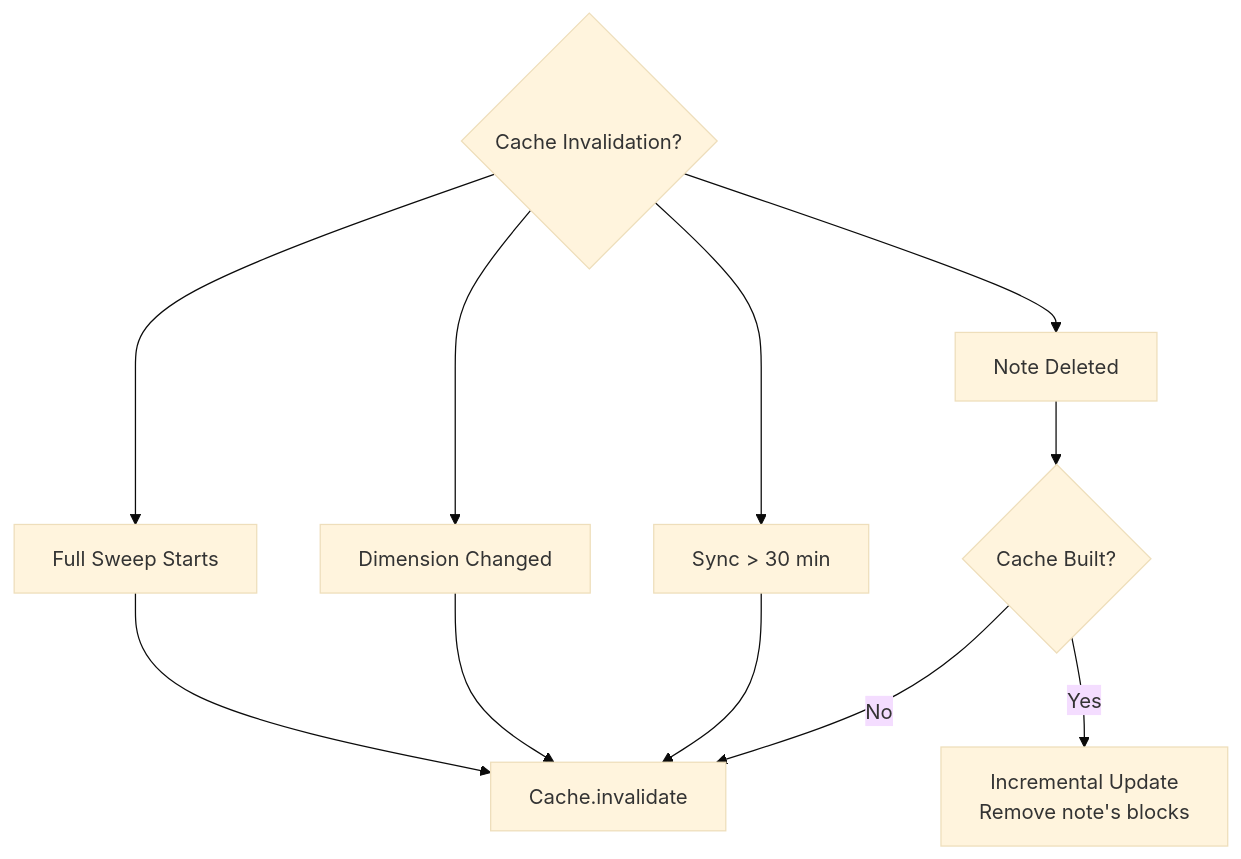
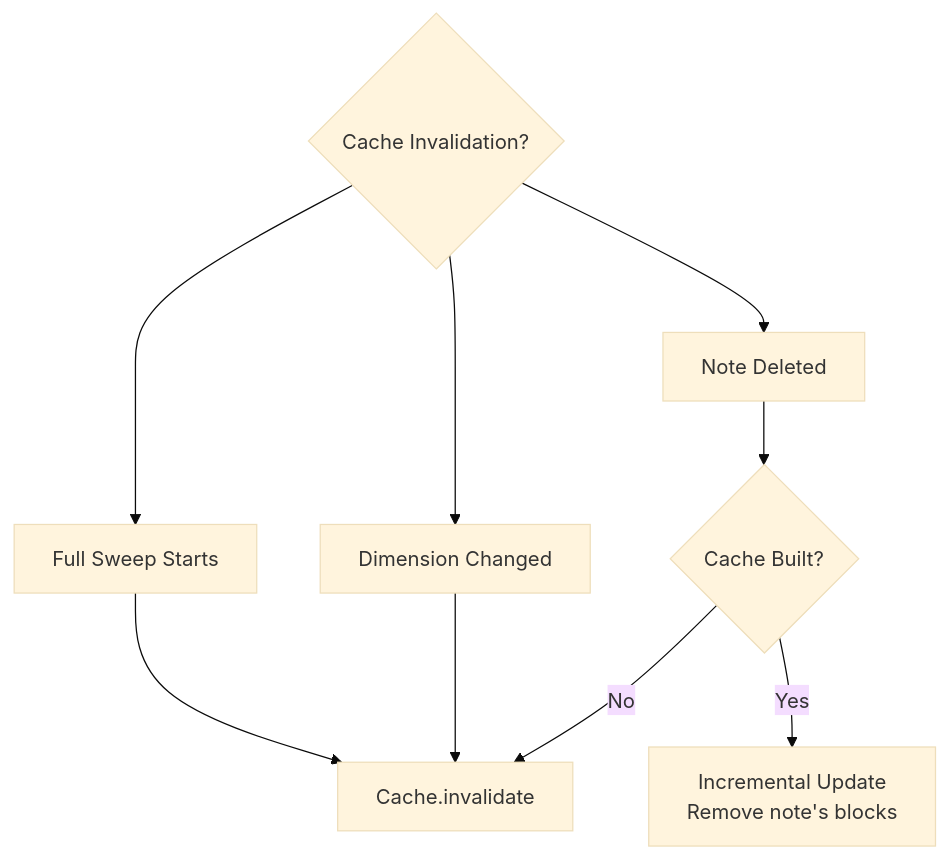
Before and after one commit to alondmnt/joplin-plugin-jarvis: the seventh of 7 diagrams in VECTOR_DB_UPDATE_FLOW.md, drawn with Mermaid (base theme). The commit also changed other lines of this file and 8 other files, not shown here.

First line of the commit message:
improved: use incremental cache updates instead of periodic invalidation

````diff
--- a/VECTOR_DB_UPDATE_FLOW.md
+++ b/VECTOR_DB_UPDATE_FLOW.md
@@ -333,14 +294,12 @@
 ```mermaid
 graph TD
     A{Cache Invalidation?} --> B[Full Sweep Starts]
     A --> C[Dimension Changed]
     A --> D[Note Deleted]
-    A --> E[Sync > 30 min]
 
-    B --> F[Cache.invalidate]
-    C --> F
-    E --> F
-    D --> G{Cache Built?}
-    G -->|Yes| H[Incremental Update<br/>Remove note's blocks]
-    G -->|No| F
+    B --> E[Cache.invalidate]
+    C --> E
+    D --> F{Cache Built?}
+    F -->|Yes| G[Incremental Update<br/>Remove note's blocks]
+    F -->|No| E
 ```
````
